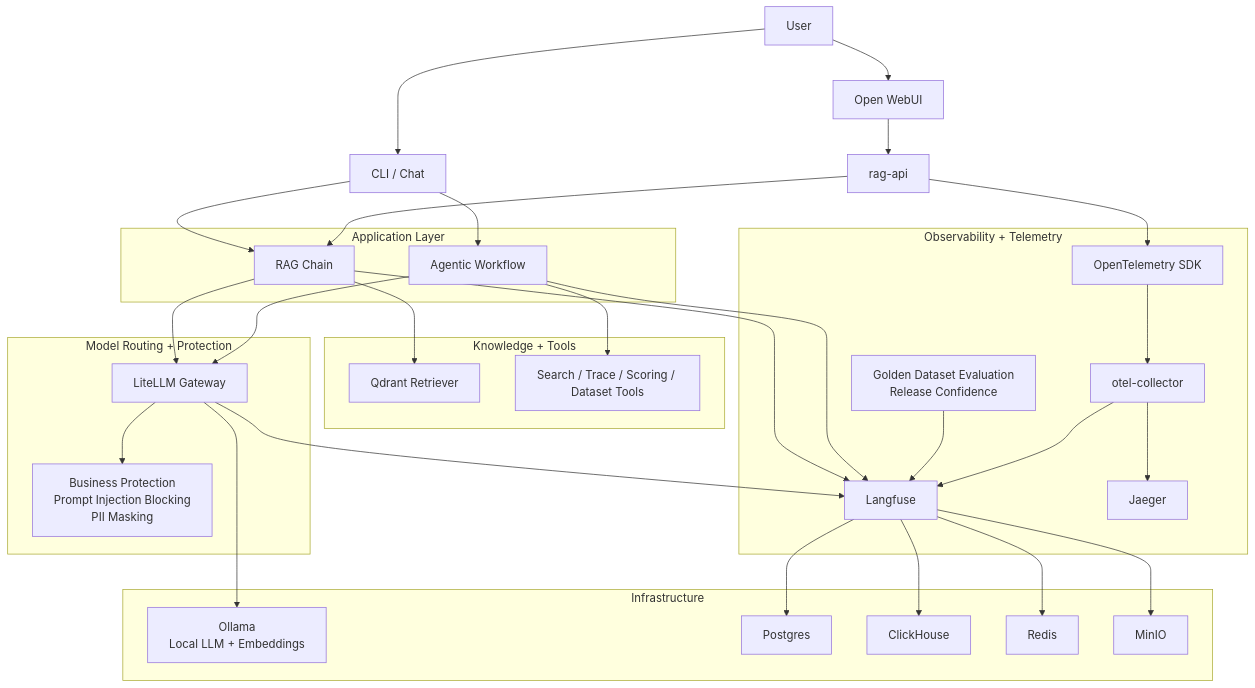
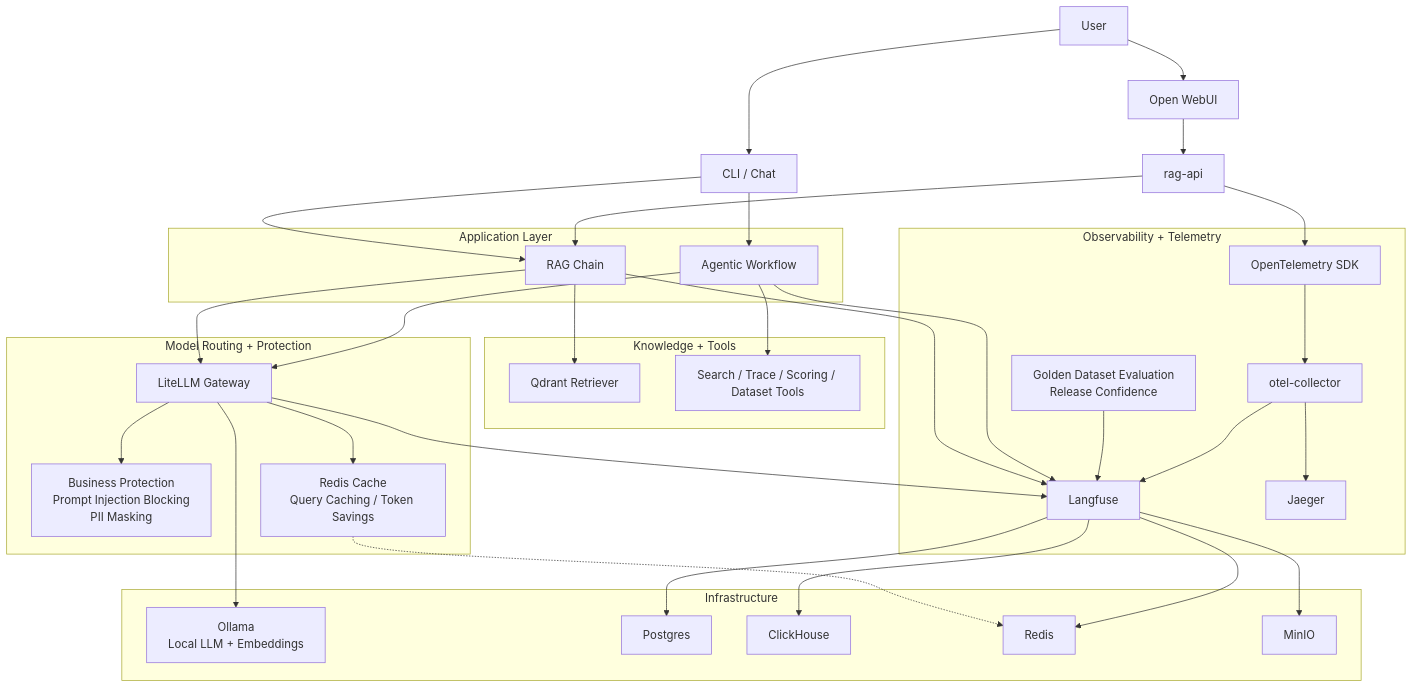
One commit to glaborie/agentguard changed the first of 2 diagrams in README.md. Above: the diagram before and after it, drawn with Mermaid.

Commit message:
Add Redis caching path to Mermaid architecture

````diff
--- a/README.md
+++ b/README.md
@@ -45,68 +45,71 @@
 ```mermaid
 flowchart TD
     U[User]
     CLI[CLI / Chat]
     WEB[Open WebUI]
     API[rag-api]
 
     U --> CLI
     U --> WEB
     WEB --> API
     CLI --> RAG
     CLI --> AGENT
     API --> RAG
 
     subgraph App["Application Layer"]
         RAG[RAG Chain]
         AGENT[Agentic Workflow]
     end
 
     subgraph Knowledge["Knowledge + Tools"]
         Q[Qdrant Retriever]
         TOOLS[Search / Trace / Scoring / Dataset Tools]
     end
 
     subgraph Model["Model Routing + Protection"]
         LLM[LiteLLM Gateway]
         PROTECT[Business Protection<br/>Prompt Injection Blocking<br/>PII Masking]
+        CACHE[Redis Cache<br/>Query Caching / Token Savings]
     end
 
     subgraph Telemetry["Observability + Telemetry"]
         LF[Langfuse]
         OTEL[OpenTelemetry SDK]
         COLLECTOR[otel-collector]
         JAEGER[Jaeger]
         EVAL[Golden Dataset Evaluation<br/>Release Confidence]
     end
 
     subgraph Infra["Infrastructure"]
         OLLAMA[Ollama<br/>Local LLM + Embeddings]
         PG[Postgres]
         CH[ClickHouse]
         REDIS[Redis]
         MINIO[MinIO]
     end
 
     RAG --> Q
     RAG --> LLM
     AGENT --> TOOLS
     AGENT --> LLM
 
     LLM --> PROTECT
     LLM --> OLLAMA
+    LLM --> CACHE
+    CACHE -.-> REDIS
 
     RAG --> LF
     AGENT --> LF
     LLM --> LF
     EVAL --> LF
 
     API --> OTEL
     OTEL --> COLLECTOR
     COLLECTOR --> JAEGER
     COLLECTOR --> LF
 
     LF --> PG
     LF --> CH
     LF --> REDIS
     LF --> MINIO
 ```
````
